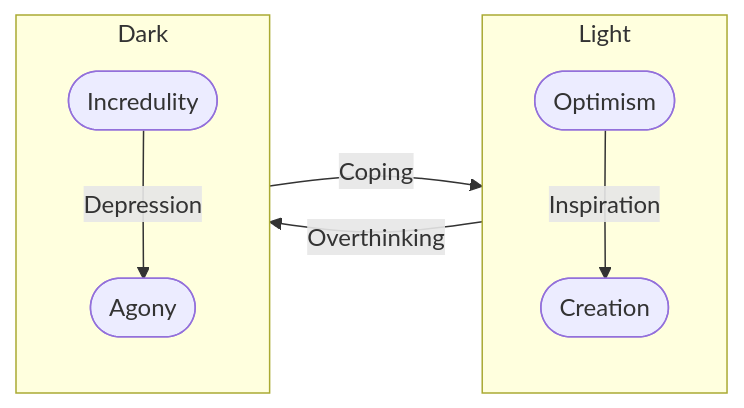
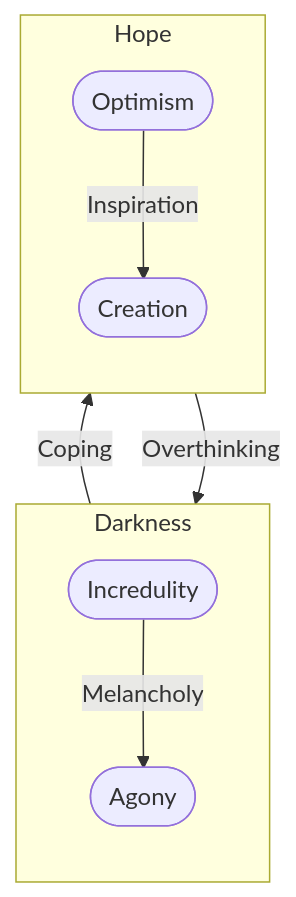
One commit to freenandes/topo-da-mente changed the diagram in content/note/dor_cronica.md. Above: the diagram before and after it, drawn with Mermaid.

Commit message:
vault backup: 2023-10-22 14:11:50

````diff
--- a/content/note/dor_cronica.md
+++ b/content/note/dor_cronica.md
@@ -41,12 +41,13 @@
 ```mermaid
-flowchart LR
-subgraph Light
+flowchart BT
+subgraph Hope
 	direction TB
-	op([Optimism])--Inspiration-->cr([Creation])
+	op([Optimism]) -- Inspiration --> cr([Creation])
 end
-subgraph Dark
+subgraph Darkness
 	direction TB
-	in([Incredulity])--Depression-->ag([Agony])--Coping-->op
+	in([Incredulity]) -- Melancholy --> ag([Agony])
 end
-cr--Overthinking-->in
+cr -- Overthinking --> in
+ag -- Coping --> op
 ```
````
